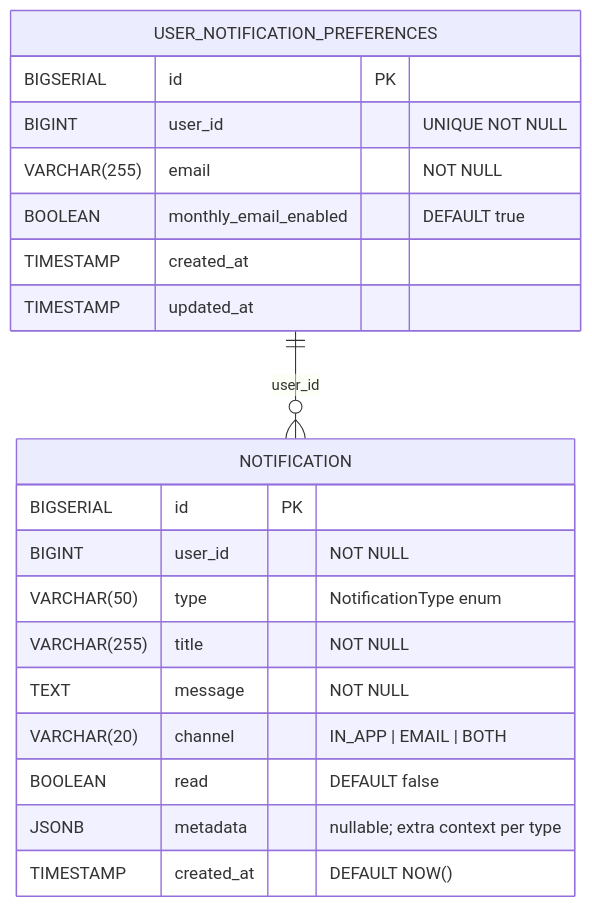
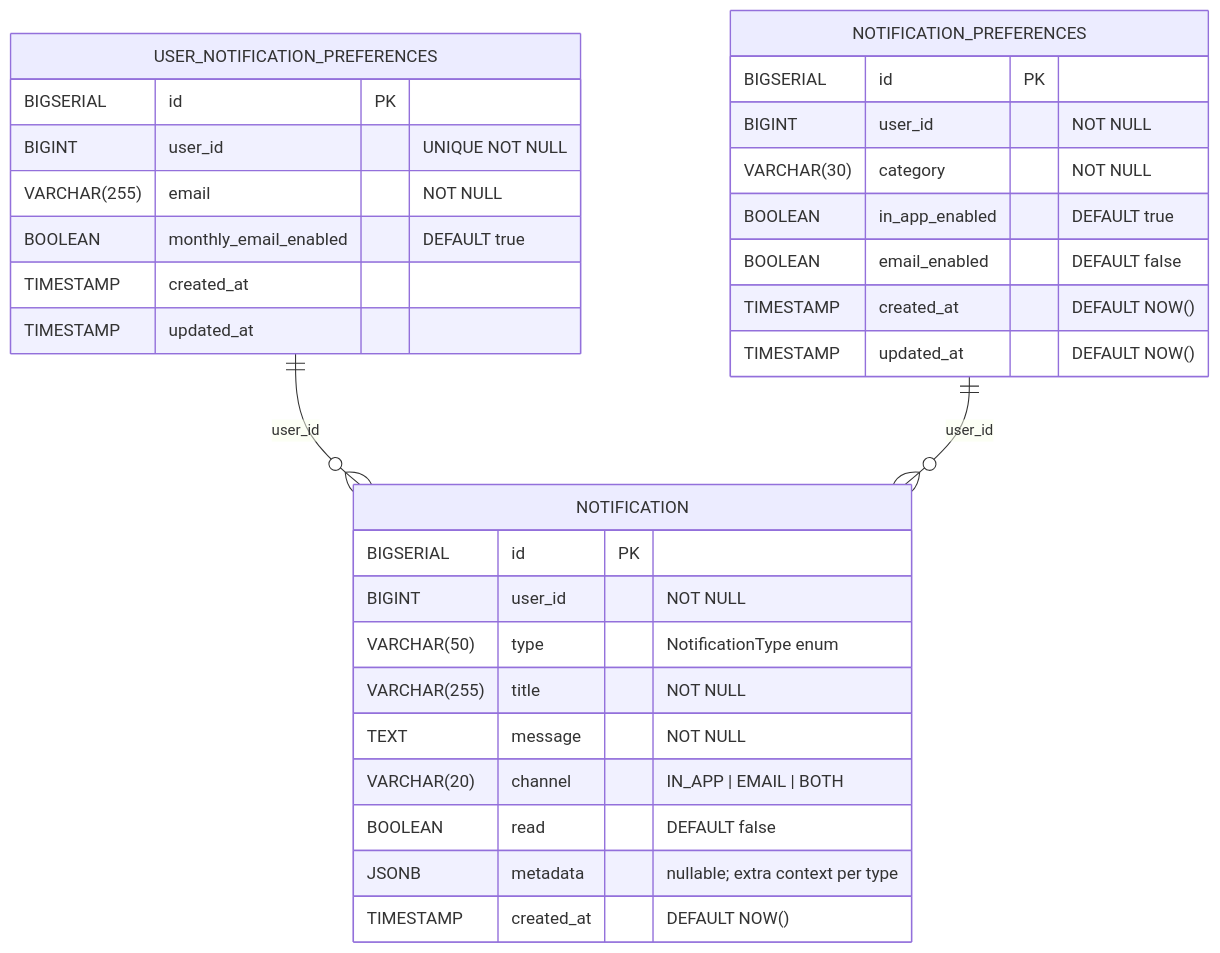
One commit to Sergio-Smirnoff/financial-app changed the first of 2 diagrams in docs/specs/services/ms-notifications.md. Above: the diagram before and after it, drawn with Mermaid. The commit also changed other lines of this file and 8 other files, not shown here.

````diff
--- a/docs/specs/services/ms-notifications.md
+++ b/docs/specs/services/ms-notifications.md
@@ -121,25 +121,36 @@
 ```mermaid
 erDiagram
     NOTIFICATION {
         BIGSERIAL   id           PK
         BIGINT      user_id      "NOT NULL"
         VARCHAR(50) type         "NotificationType enum"
         VARCHAR(255) title       "NOT NULL"
         TEXT        message      "NOT NULL"
         VARCHAR(20) channel      "IN_APP | EMAIL | BOTH"
         BOOLEAN     read         "DEFAULT false"
         JSONB       metadata     "nullable; extra context per type"
         TIMESTAMP   created_at   "DEFAULT NOW()"
     }
 
     USER_NOTIFICATION_PREFERENCES {
         BIGSERIAL    id                    PK
         BIGINT       user_id               "UNIQUE NOT NULL"
         VARCHAR(255) email                 "NOT NULL"
         BOOLEAN      monthly_email_enabled "DEFAULT true"
         TIMESTAMP    created_at
         TIMESTAMP    updated_at
     }
 
+    NOTIFICATION_PREFERENCES {
+        BIGSERIAL   id             PK
+        BIGINT      user_id        "NOT NULL"
+        VARCHAR(30) category       "NOT NULL"
+        BOOLEAN     in_app_enabled "DEFAULT true"
+        BOOLEAN     email_enabled  "DEFAULT false"
+        TIMESTAMP   created_at     "DEFAULT NOW()"
+        TIMESTAMP   updated_at     "DEFAULT NOW()"
+    }
+
     USER_NOTIFICATION_PREFERENCES ||--o{ NOTIFICATION : "user_id"
+    NOTIFICATION_PREFERENCES ||--o{ NOTIFICATION : "user_id"
 ```
````
